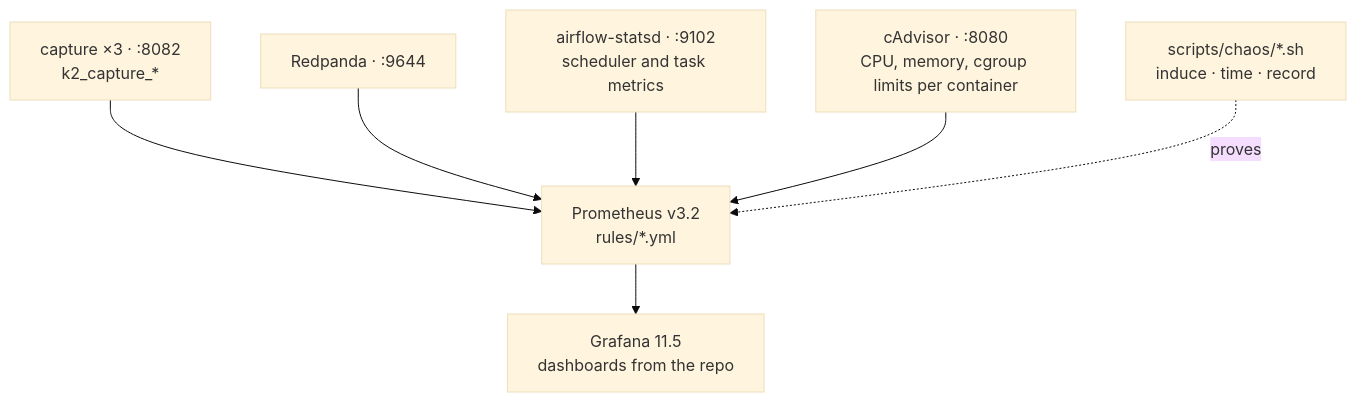
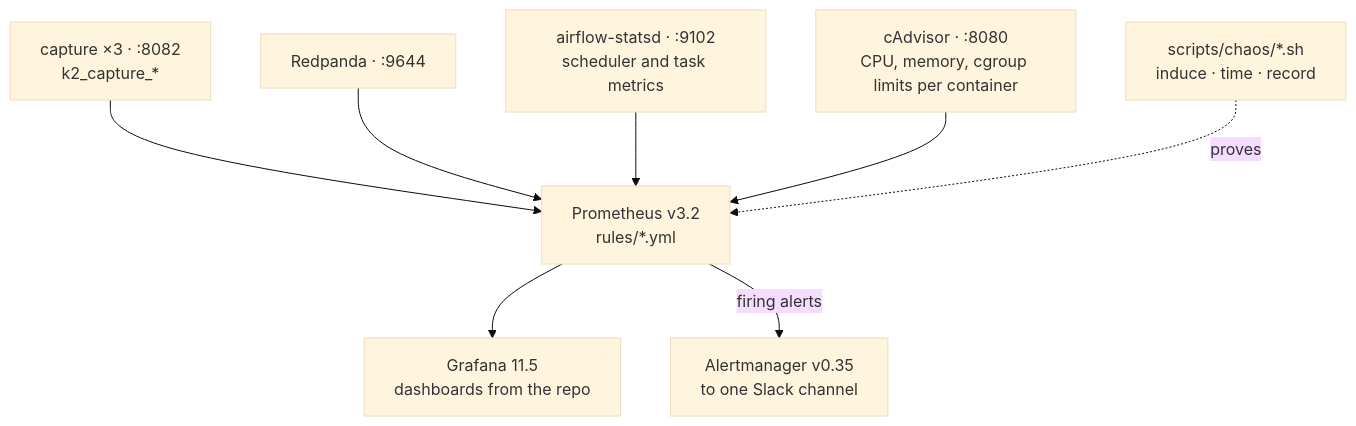
Before and after one commit to rjdscott/k2-market-data-platform: the diagram in docs/architecture/11-observability.md, drawn with Mermaid (base theme). The commit also changed other lines of this file and 26 other files, not shown here.

First line of the commit message:
feat(alerts): Alertmanager to Slack through a local webhook file (S09)

````diff
--- a/docs/architecture/11-observability.md
+++ b/docs/architecture/11-observability.md
@@ -65,12 +66,14 @@
 ```mermaid
 flowchart TB
   C["capture ×3 · :8082<br/>k2_capture_*"]
   R["Redpanda · :9644"]
   S["airflow-statsd · :9102<br/>scheduler and task metrics"]
   A["cAdvisor · :8080<br/>CPU, memory, cgroup limits per container"]
   P["Prometheus v3.2<br/>rules/*.yml"]
   G["Grafana 11.5<br/>dashboards from the repo"]
+  M["Alertmanager v0.35<br/>to one Slack channel"]
   X["scripts/chaos/*.sh<br/>induce · time · record"]
   C & R & S & A --> P --> G
+  P -->|"firing alerts"| M
   X -.->|"proves"| P
 ```
````
